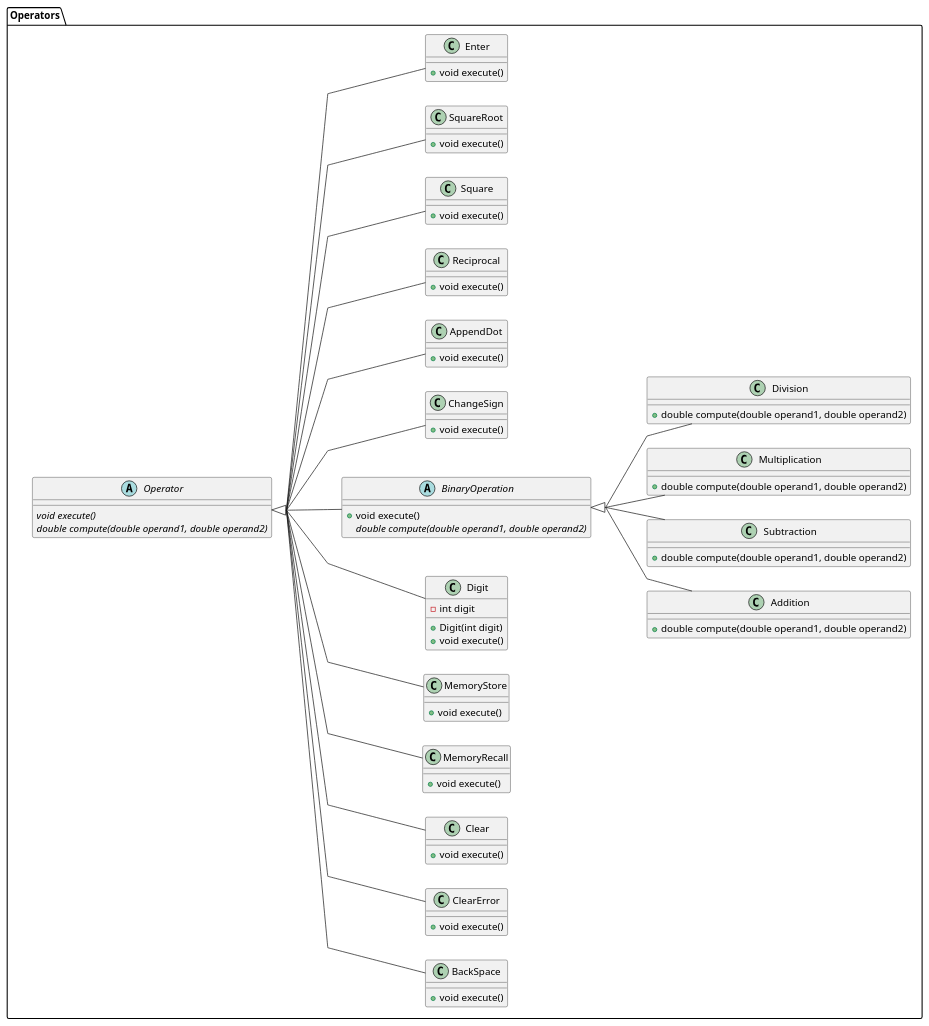
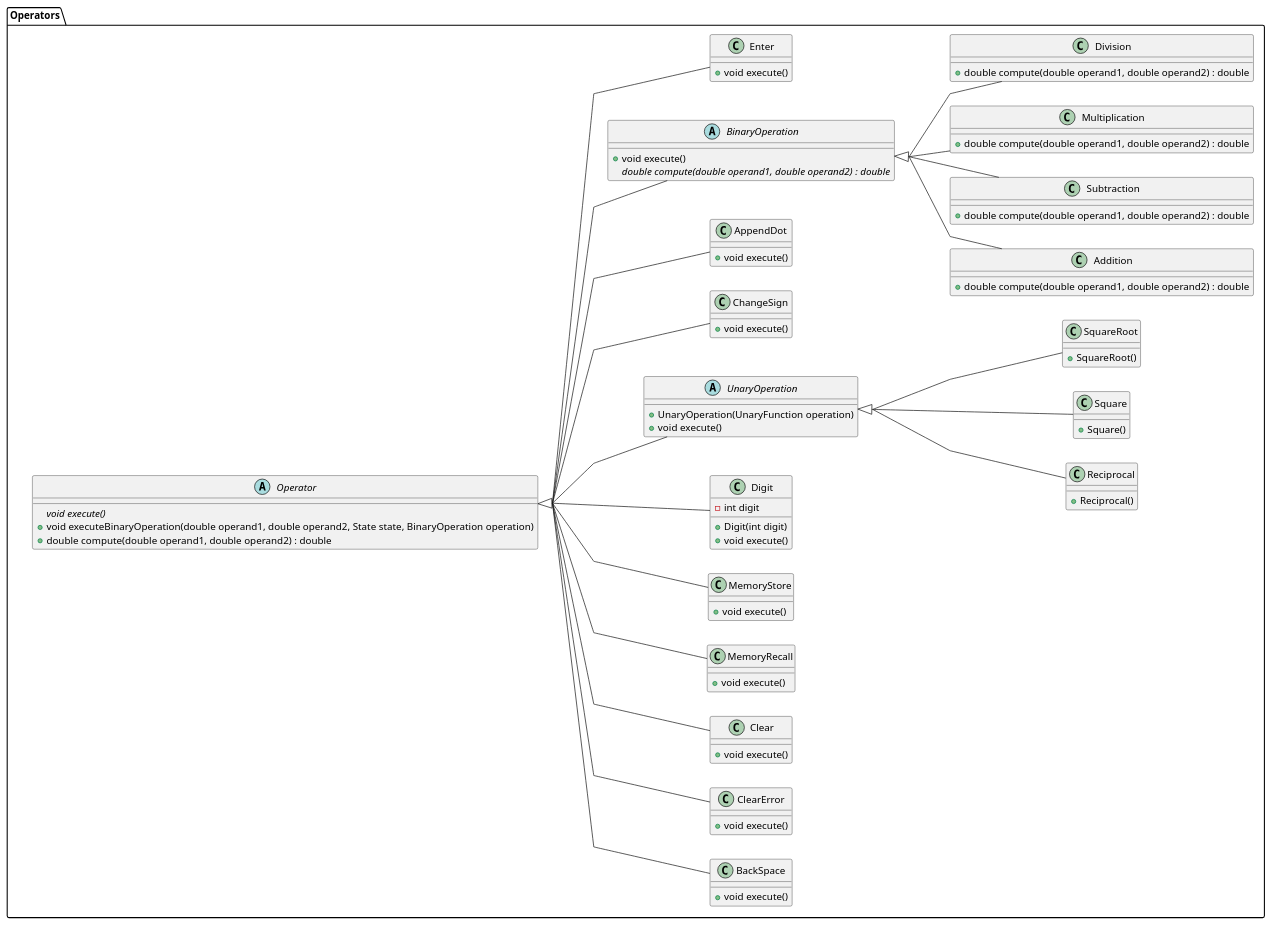
The diagram in UML_Diagrams/Operator_uml.puml (Dansnts/POO-Labo7), drawn with PlantUML before and after one commit. The commit also changed 15 other files, not shown here.

Commit message:
Tests OK + mise a jour finale des UML

```diff
--- a/UML_Diagrams/Operator_uml.puml
+++ b/UML_Diagrams/Operator_uml.puml
@@ -1,83 +1,89 @@
 @startuml
 skinparam linetype polyline
 skinparam groupInheritance 2
 left to right direction
 package "Operators" {
   abstract class Operator {
     {abstract} void execute()
-    {abstract} double compute(double operand1, double operand2)
+    + void executeBinaryOperation(double operand1, double operand2, State state, BinaryOperation operation)
+    + double compute(double operand1, double operand2) : double
   }
 
   class BackSpace extends Operator {
     + void execute()
   }
 
   class ClearError extends Operator {
     + void execute()
   }
 
   class Clear extends Operator {
     + void execute()
   }
 
   class MemoryRecall extends Operator {
     + void execute()
   }
 
   class MemoryStore extends Operator {
     + void execute()
   }
 
   class Digit extends Operator {
     - int digit
     + Digit(int digit)
     + void execute()
   }
 
-  abstract class BinaryOperation extends Operator {
+  abstract class UnaryOperation extends Operator {
+    + UnaryOperation(UnaryFunction operation)
     + void execute()
-    {abstract} double compute(double operand1, double operand2)
   }
 
   class ChangeSign extends Operator {
     + void execute()
   }
 
   class AppendDot extends Operator {
     + void execute()
   }
 
-  class Reciprocal extends Operator {
-    + void execute()
+  class Reciprocal extends UnaryOperation {
+    + Reciprocal()
   }
 
-  class Square extends Operator {
-    + void execute()
+  class Square extends UnaryOperation {
+    + Square()
   }
 
-  class SquareRoot extends Operator {
+  class SquareRoot extends UnaryOperation {
+    + SquareRoot()
+  }
+
+  abstract class BinaryOperation extends Operator {
     + void execute()
+    {abstract} double compute(double operand1, double operand2) : double
   }
 
   class Addition extends BinaryOperation {
-    + double compute(double operand1, double operand2)
+    + double compute(double operand1, double operand2) : double
   }
 
   class Subtraction extends BinaryOperation {
-    + double compute(double operand1, double operand2)
+    + double compute(double operand1, double operand2) : double
   }
 
   class Multiplication extends BinaryOperation {
-    + double compute(double operand1, double operand2)
+    + double compute(double operand1, double operand2) : double
   }
 
   class Division extends BinaryOperation {
-    + double compute(double operand1, double operand2)
+    + double compute(double operand1, double operand2) : double
   }
 
   class Enter extends Operator {
     + void execute()
   }
 
 }
 @enduml
```
